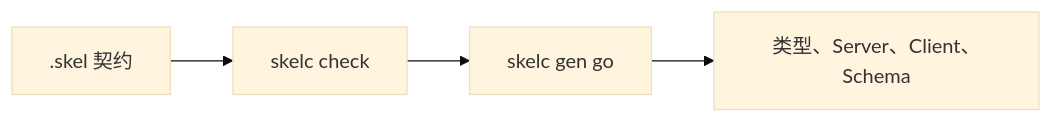
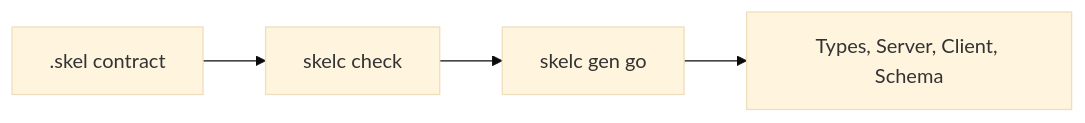
One commit to yorun-ai/vine-site changed the diagram in docs/getting-started/first-contract.md. Above: the diagram before and after it, drawn with Mermaid (base theme). The commit also changed other lines of this file and 107 other files, not shown here.

````diff
--- a/docs/getting-started/first-contract.md
+++ b/docs/getting-started/first-contract.md
@@ -79,4 +79,4 @@
 ```mermaid
 flowchart LR
-  Skel[".skel 契约"] --> Check["skelc check"] --> Generate["skelc gen go"] --> Code["类型、Server、Client、Schema"]
+  Skel[".skel contract"] --> Check["skelc check"] --> Generate["skelc gen go"] --> Code["Types, Server, Client, Schema"]
 ```
````
